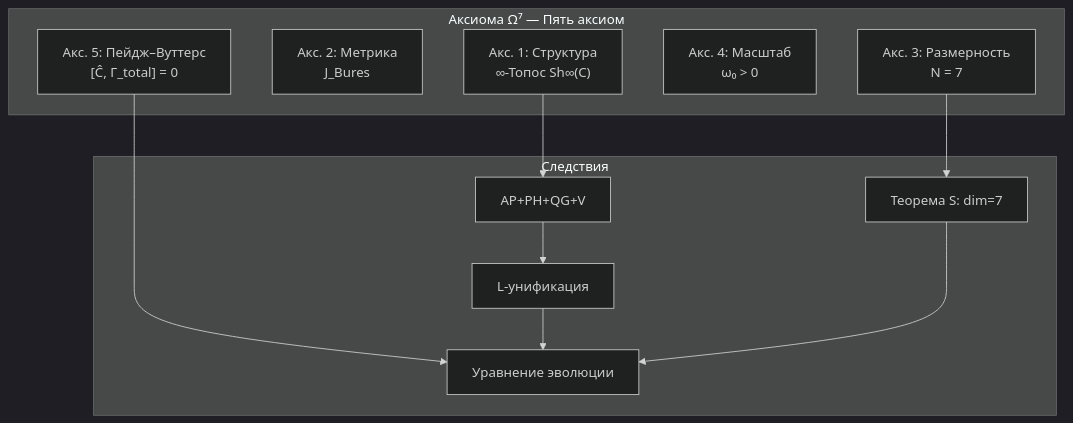
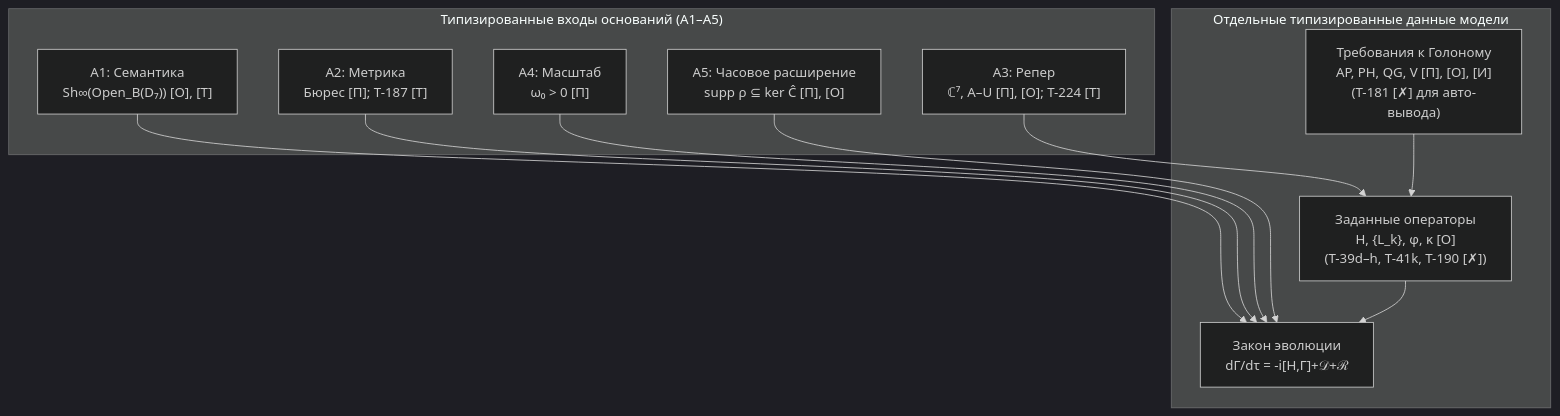
The first of 3 diagrams in website/i18n/ru/docusaurus-plugin-content-docs/current/applied/coherence-cybernetics/axiomatics.md (gst-st/uhm), drawn with Mermaid (dark theme) before and after one commit. The commit also changed other lines of this file and 376 other files, not shown here.

First line of the commit message:
Refactor UHM canon, decontaminate architecture, and verify EN/RU parity

````diff
--- a/website/i18n/ru/docusaurus-plugin-content-docs/current/applied/coherence-cybernetics/axiomatics.md
+++ b/website/i18n/ru/docusaurus-plugin-content-docs/current/applied/coherence-cybernetics/axiomatics.md
@@ -234,22 +174,22 @@
 ```mermaid
 graph TD
-    subgraph "Аксиома Ω⁷ — Пять аксиом"
-        AX1["Акс. 1: Структура<br/>∞-Топос Sh∞(C)"]
-        AX2["Акс. 2: Метрика<br/>J_Bures"]
-        AX3["Акс. 3: Размерность<br/>N = 7"]
-        AX4["Акс. 4: Масштаб<br/>ω₀ > 0"]
-        AX5["Акс. 5: Пейдж–Вуттерс<br/>[Ĉ, Γ_total] = 0"]
+    subgraph "Типизированные входы оснований (A1–A5)"
+        AX1["A1: Семантика<br/>Sh∞(Open_B(D₇)) [О], [Т]"]
+        AX2["A2: Метрика<br/>Бюрес [П]; T-187 [Т]"]
+        AX3["A3: Репер<br/>ℂ⁷, A–U [П], [О]; T-224 [Т]"]
+        AX4["A4: Масштаб<br/>ω₀ > 0 [П]"]
+        AX5["A5: Часовое расширение<br/>supp ρ ⊆ ker Ĉ [П], [О]"]
     end
-    subgraph "Следствия"
-        S["Теорема S: dim=7"]
-        APQ["AP+PH+QG+V"]
-        LU["L-унификация"]
-        EVOL["Уравнение эволюции"]
+    subgraph "Отдельные типизированные данные модели"
+        APQ["Требования к Голоному<br/>AP, PH, QG, V [П], [О], [И]<br/>(T-181 [✗] для авто-вывода)"]
+        OPS["Заданные операторы<br/>H, {L_k}, φ, κ [О]<br/>(T-39d–h, T-41k, T-190 [✗])"]
+        EVOL["Закон эволюции<br/>dΓ/dτ = -i[H,Γ]+𝒟+ℛ"]
     end
-    AX1 --> APQ
-    AX3 --> S
+    AX1 --> EVOL
+    AX2 --> EVOL
+    AX3 --> OPS
+    AX4 --> EVOL
     AX5 --> EVOL
-    APQ --> LU
-    LU --> EVOL
-    S --> EVOL
+    APQ --> OPS
+    OPS --> EVOL
 ```
````
